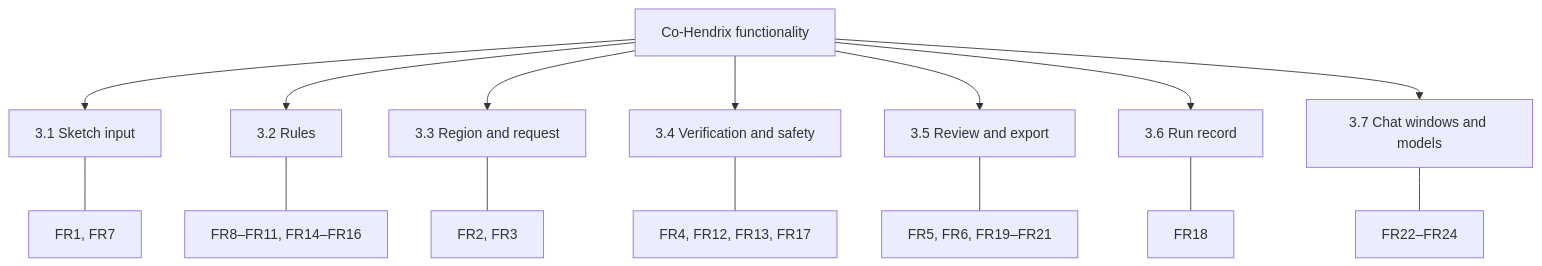
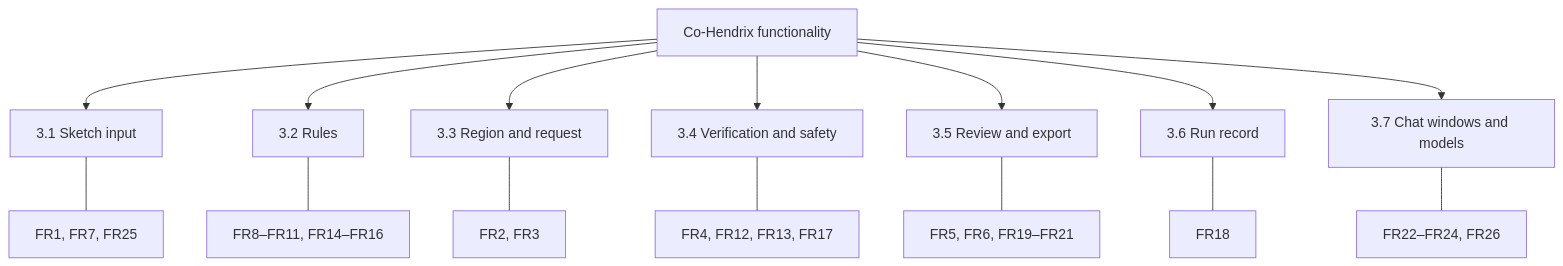
The fourth of 4 diagrams in docs/requirements/ard.md (danielB464646/CoHendrix), drawn with Mermaid before and after one commit. The commit also changed other lines of this file and 13 other files, not shown here.

````diff
--- a/docs/requirements/ard.md
+++ b/docs/requirements/ard.md
@@ -584,18 +600,18 @@
 ```mermaid
 flowchart TB
     S["Co-Hendrix functionality"]
     S --> A["3.1 Sketch input"]
     S --> B["3.2 Rules"]
     S --> C["3.3 Region and request"]
     S --> D["3.4 Verification and safety"]
     S --> E["3.5 Review and export"]
     S --> F["3.6 Run record"]
     S --> G["3.7 Chat windows and models"]
-    A --- A1["FR1, FR7"]
+    A --- A1["FR1, FR7, FR25"]
     B --- B1["FR8–FR11, FR14–FR16"]
     C --- C1["FR2, FR3"]
     D --- D1["FR4, FR12, FR13, FR17"]
     E --- E1["FR5, FR6, FR19–FR21"]
     F --- F1["FR18"]
-    G --- G1["FR22–FR24"]
+    G --- G1["FR22–FR24, FR26"]
 ```
````
